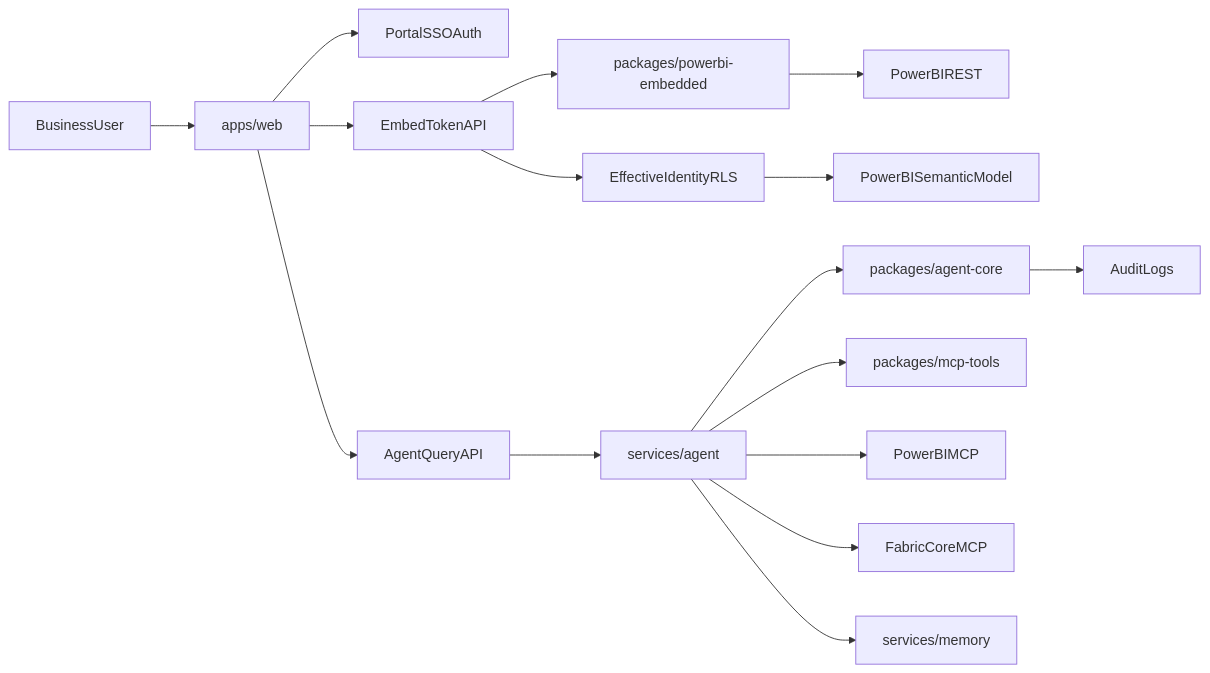
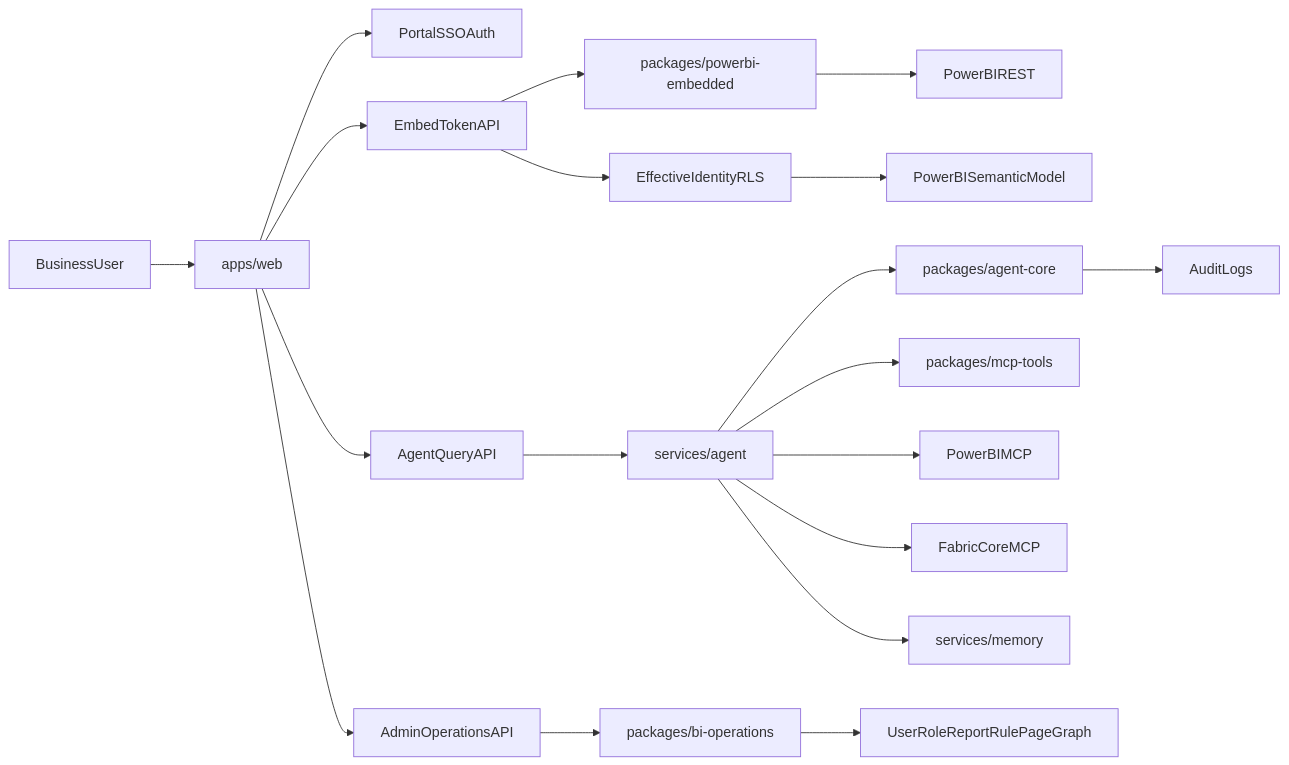
The diagram in docs/architecture/overview.md (sonnguyendataai/powerbi-ai-portal), drawn with Mermaid before and after one commit. The commit also changed other lines of this file and 39 other files, not shown here.

First line of the commit message:
feat: add nextjs runtime and legacy BI admin operations

````diff
--- a/docs/architecture/overview.md
+++ b/docs/architecture/overview.md
@@ -5,18 +5,21 @@
 ```mermaid
 flowchart LR
   user[BusinessUser] --> portal[apps/web]
   portal --> appAuth[PortalSSOAuth]
   portal --> embedApi[EmbedTokenAPI]
   portal --> chatApi[AgentQueryAPI]
   chatApi --> orchestrator[services/agent]
   orchestrator --> policy[packages/agent-core]
   orchestrator --> mcpTools[packages/mcp-tools]
   orchestrator --> powerbiMcp[PowerBIMCP]
   orchestrator --> fabricMcp[FabricCoreMCP]
   embedApi --> embedSvc[packages/powerbi-embedded]
   embedSvc --> pbiRest[PowerBIREST]
   embedApi --> rls[EffectiveIdentityRLS]
   rls --> pbiSemantic[PowerBISemanticModel]
   orchestrator --> memory[services/memory]
+  portal --> adminApi[AdminOperationsAPI]
+  adminApi --> biOps[packages/bi-operations]
+  biOps --> roleGraph[UserRoleReportRulePageGraph]
   policy --> audit[AuditLogs]
 ```
````
